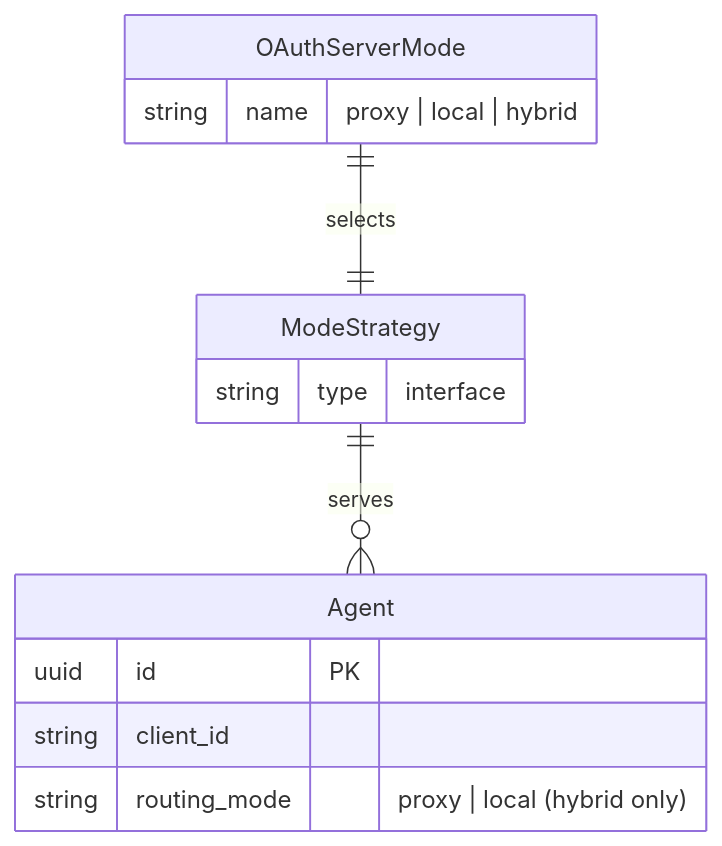
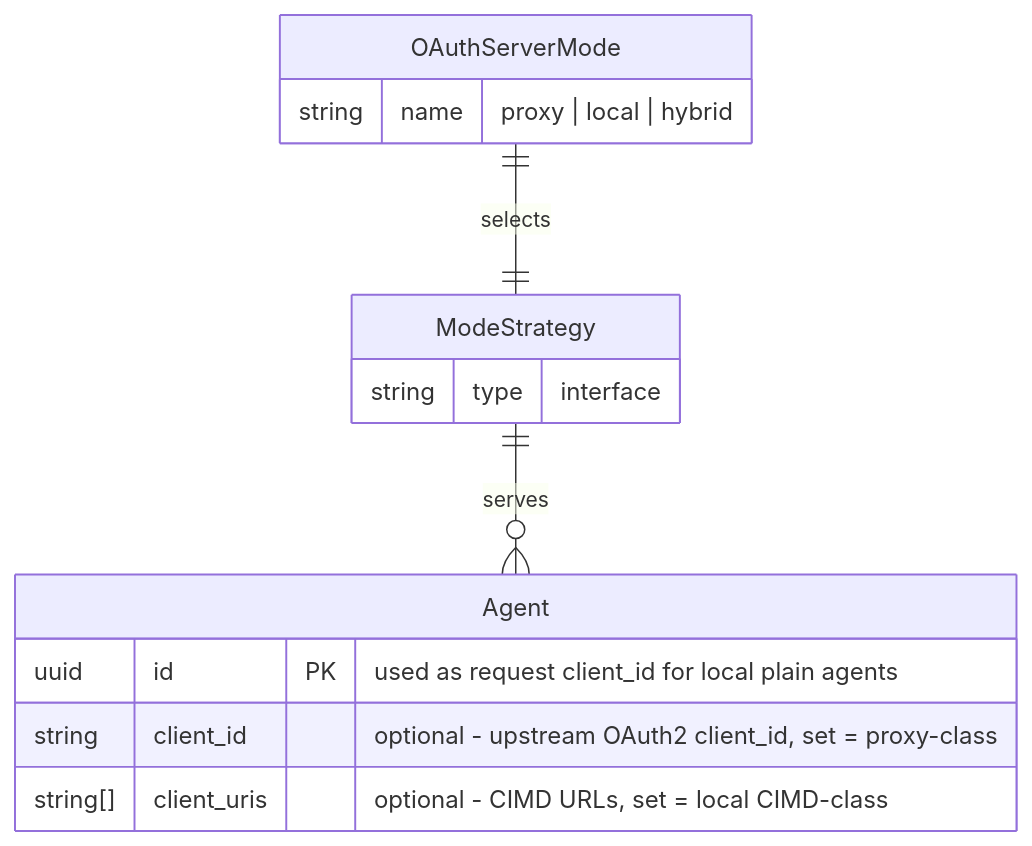
The first of 2 diagrams in specs/030-hybrid-oauth-modes/spec.md (axsaucedo/agentic-identity-broker), drawn with Mermaid before and after one commit. The commit also changed other lines of this file and 1 other file, not shown here.

Commit message:
feat(spec): enhance Hybrid OAuth mode specifications with universal agent resolution and classification

````diff
--- a/specs/030-hybrid-oauth-modes/spec.md
+++ b/specs/030-hybrid-oauth-modes/spec.md
@@ -109,16 +149,16 @@
 ```mermaid
 erDiagram
     OAuthServerMode {
         string name "proxy | local | hybrid"
     }
     Agent {
-        uuid id PK
-        string client_id
-        string routing_mode "proxy | local (hybrid only)"
+        uuid id PK "used as request client_id for local plain agents"
+        string client_id "optional - upstream OAuth2 client_id, set = proxy-class"
+        string[] client_uris "optional - CIMD URLs, set = local CIMD-class"
     }
     ModeStrategy {
         string type "interface"
     }
     OAuthServerMode ||--|| ModeStrategy : "selects"
     ModeStrategy ||--o{ Agent : "serves"
 ```
````
